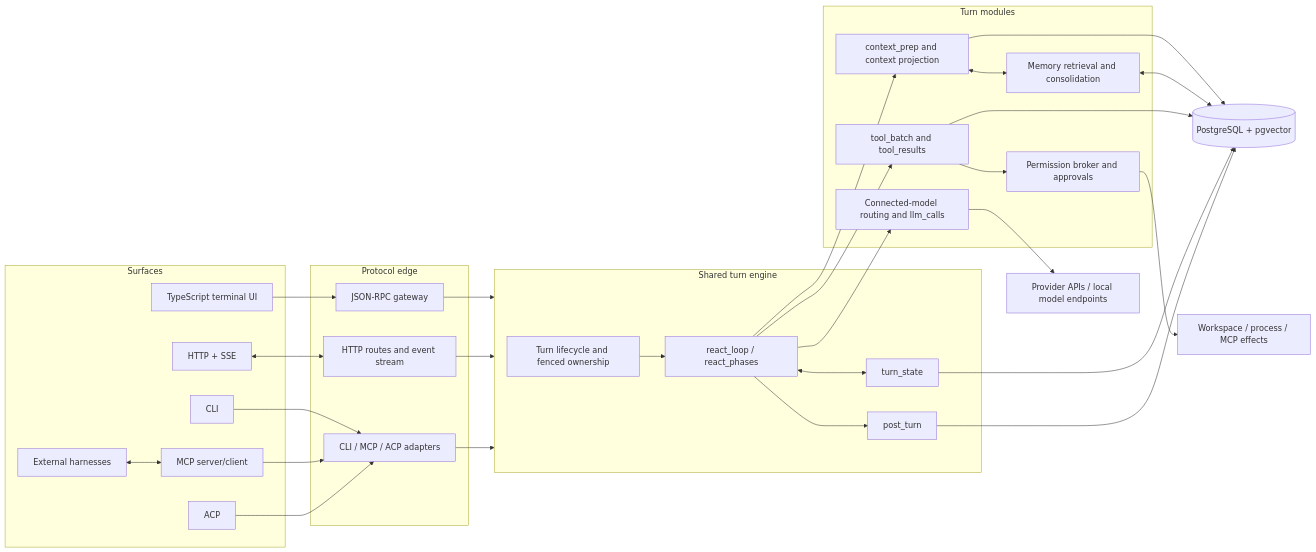
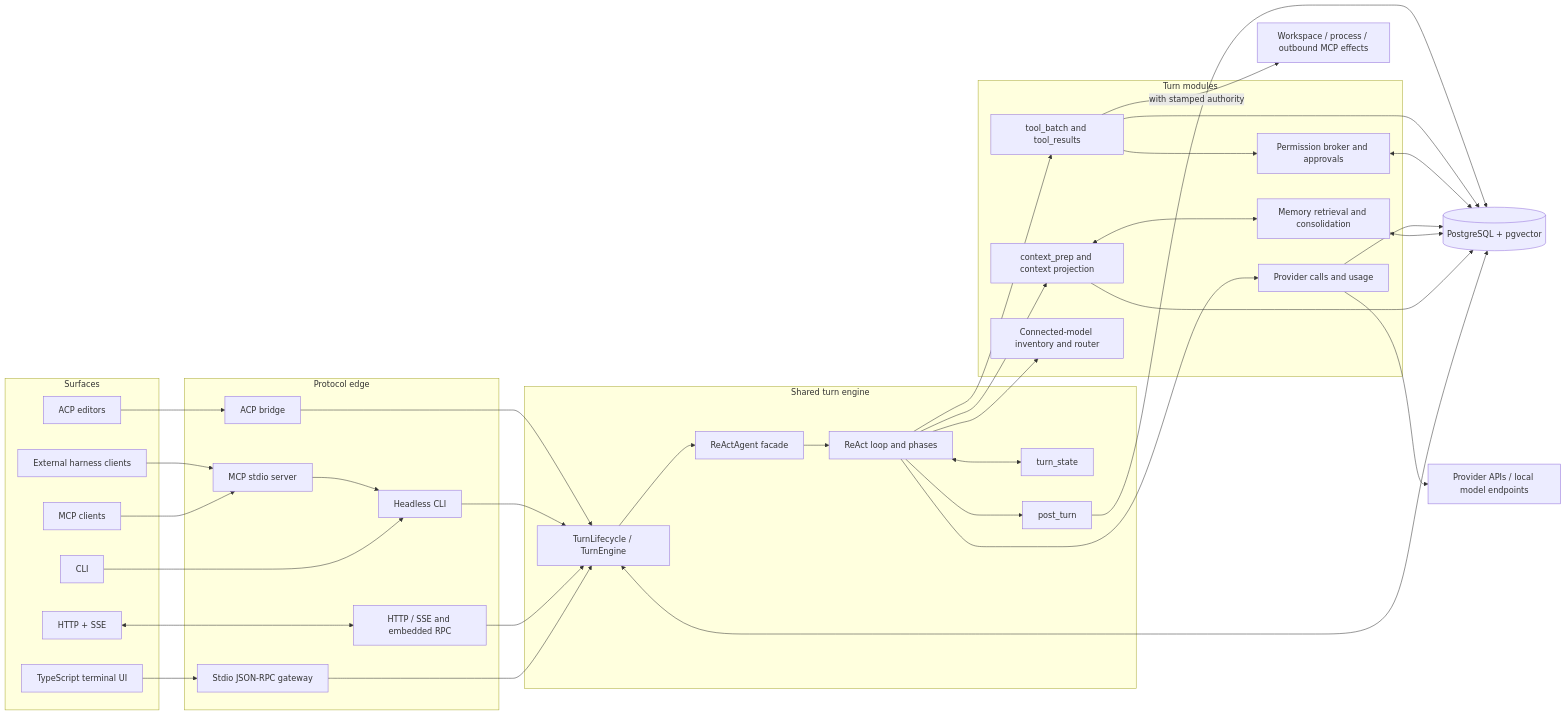
One commit to kiazh/Machina-Harness changed the first of 2 diagrams in README.md. Above: the diagram before and after it, drawn with Mermaid. The commit also changed other lines of this file, not shown here.

Commit message:
docs: refine README with Sol architecture pass

````diff
--- a/README.md
+++ b/README.md
@@ -76,57 +90,65 @@
 ```mermaid
 flowchart LR
   subgraph SURFACES[Surfaces]
     TUI[TypeScript terminal UI]
     CLI[CLI]
     HTTP[HTTP + SSE]
-    MCP[MCP server/client]
-    ACP[ACP]
-    EXT[External harnesses]
+    MCP[MCP clients]
+    ACP[ACP editors]
+    EXT[External harness clients]
   end
   subgraph EDGE[Protocol edge]
-    GW[JSON-RPC gateway]
-    REST[HTTP routes and event stream]
-    ADAPTERS[CLI / MCP / ACP adapters]
+    GW[Stdio JSON-RPC gateway]
+    REST[HTTP / SSE and embedded RPC]
+    HEADLESS[Headless CLI]
+    MCPS[MCP stdio server]
+    ACPS[ACP bridge]
   end
   subgraph ENGINE[Shared turn engine]
-    OWN[Turn lifecycle and fenced ownership]
-    LOOP[react_loop / react_phases]
+    OWN[TurnLifecycle / TurnEngine]
+    AG[ReActAgent facade]
+    LOOP[ReAct loop and phases]
     STATE[turn_state]
     POST[post_turn]
   end
   subgraph MODULES[Turn modules]
     CTX[context_prep and context projection]
     MEM[Memory retrieval and consolidation]
     PERM[Permission broker and approvals]
     TOOLS[tool_batch and tool_results]
-    ROUTE[Connected-model routing and llm_calls]
+    ROUTE[Connected-model inventory and router]
+    LLM[Provider calls and usage]
   end
   DB[(PostgreSQL + pgvector)]
   PROVIDERS[Provider APIs / local model endpoints]
-  WORLD[Workspace / process / MCP effects]
+  WORLD[Workspace / process / outbound MCP effects]
 
   TUI --> GW
-  CLI --> ADAPTERS
+  CLI --> HEADLESS
   HTTP <--> REST
-  MCP --> ADAPTERS
-  ACP --> ADAPTERS
-  EXT <--> MCP
-  GW --> ENGINE
-  REST --> ENGINE
-  ADAPTERS --> ENGINE
-  OWN --> LOOP
+  MCP --> MCPS
+  EXT --> MCPS
+  MCPS --> HEADLESS
+  ACP --> ACPS
+  GW --> OWN
+  REST --> OWN
+  HEADLESS --> OWN
+  ACPS --> OWN
+  OWN <--> DB
+  OWN --> AG --> LOOP
   LOOP <--> STATE
   LOOP --> CTX
   CTX <--> MEM
   CTX --> DB
   MEM <--> DB
   LOOP --> ROUTE
-  ROUTE --> PROVIDERS
+  LOOP --> LLM --> PROVIDERS
+  LLM --> DB
   LOOP --> TOOLS
   TOOLS --> PERM
-  PERM --> WORLD
+  PERM <--> DB
+  TOOLS -->|with stamped authority| WORLD
   TOOLS --> DB
-  STATE --> DB
   POST --> DB
   LOOP --> POST
 ```
````
